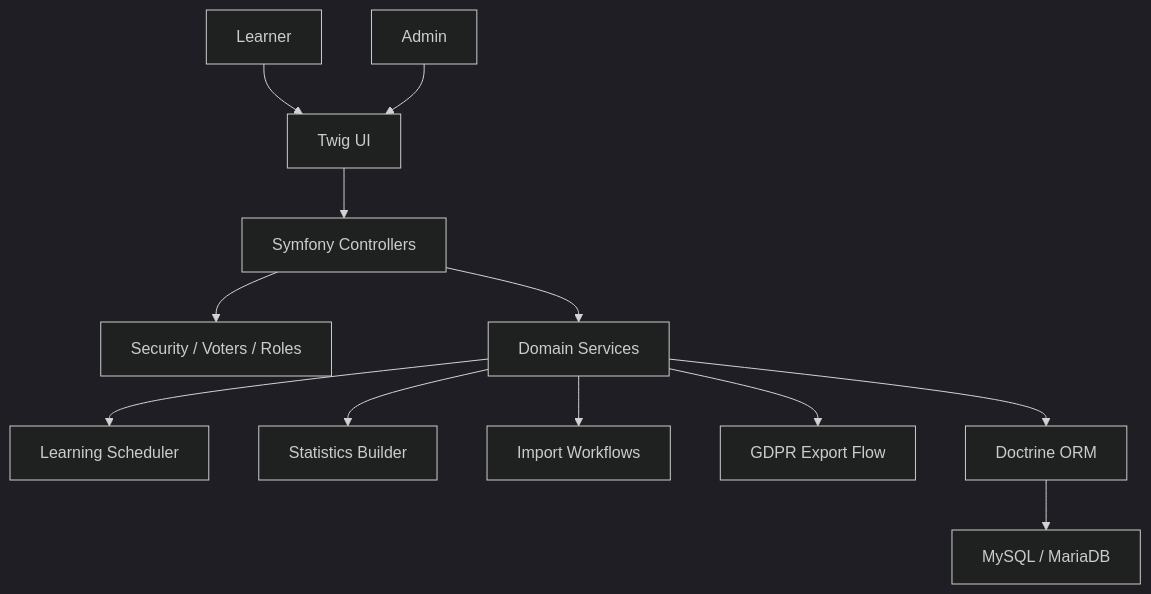
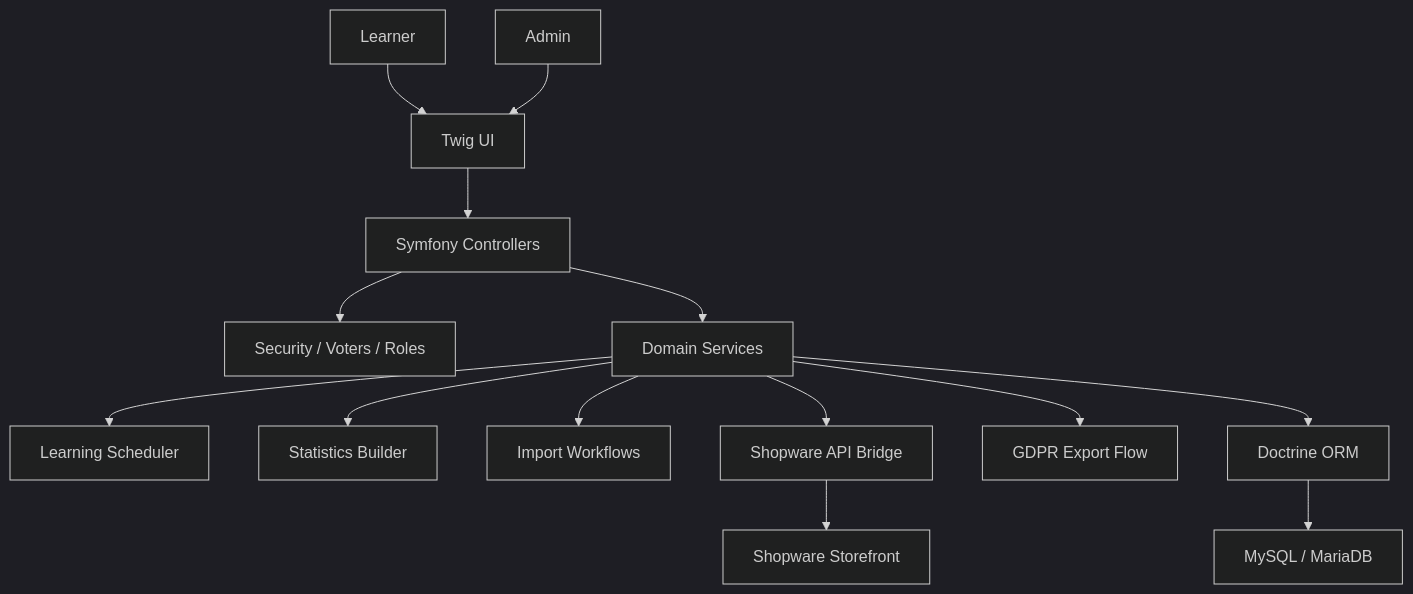
The first of 2 diagrams in docs/architecture.md (roadynet/skillbuilder-showcase), drawn with Mermaid (dark theme) before and after one commit. The commit also changed other lines of this file and 3 other files, not shown here.

Commit message:
Document Shopware demo bridge

````diff
--- a/docs/architecture.md
+++ b/docs/architecture.md
@@ -5,14 +5,16 @@
 ```mermaid
 flowchart TD
     User["Learner"] --> UI["Twig UI"]
     Admin["Admin"] --> UI
     UI --> Controller["Symfony Controllers"]
     Controller --> Security["Security / Voters / Roles"]
     Controller --> Services["Domain Services"]
     Services --> Scheduler["Learning Scheduler"]
     Services --> Stats["Statistics Builder"]
     Services --> Imports["Import Workflows"]
+    Services --> Shopware["Shopware API Bridge"]
     Services --> GDPR["GDPR Export Flow"]
     Services --> Doctrine["Doctrine ORM"]
+    Shopware --> Storefront["Shopware Storefront"]
     Doctrine --> DB["MySQL / MariaDB"]
 ```
````
